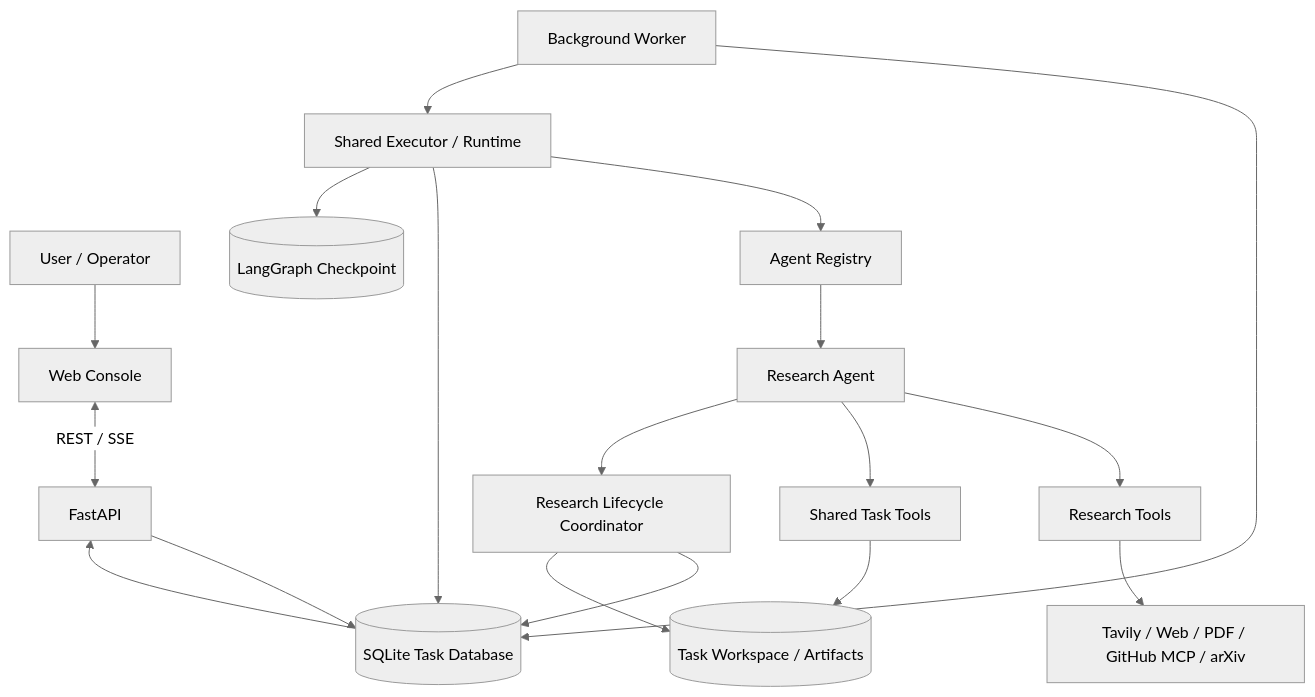
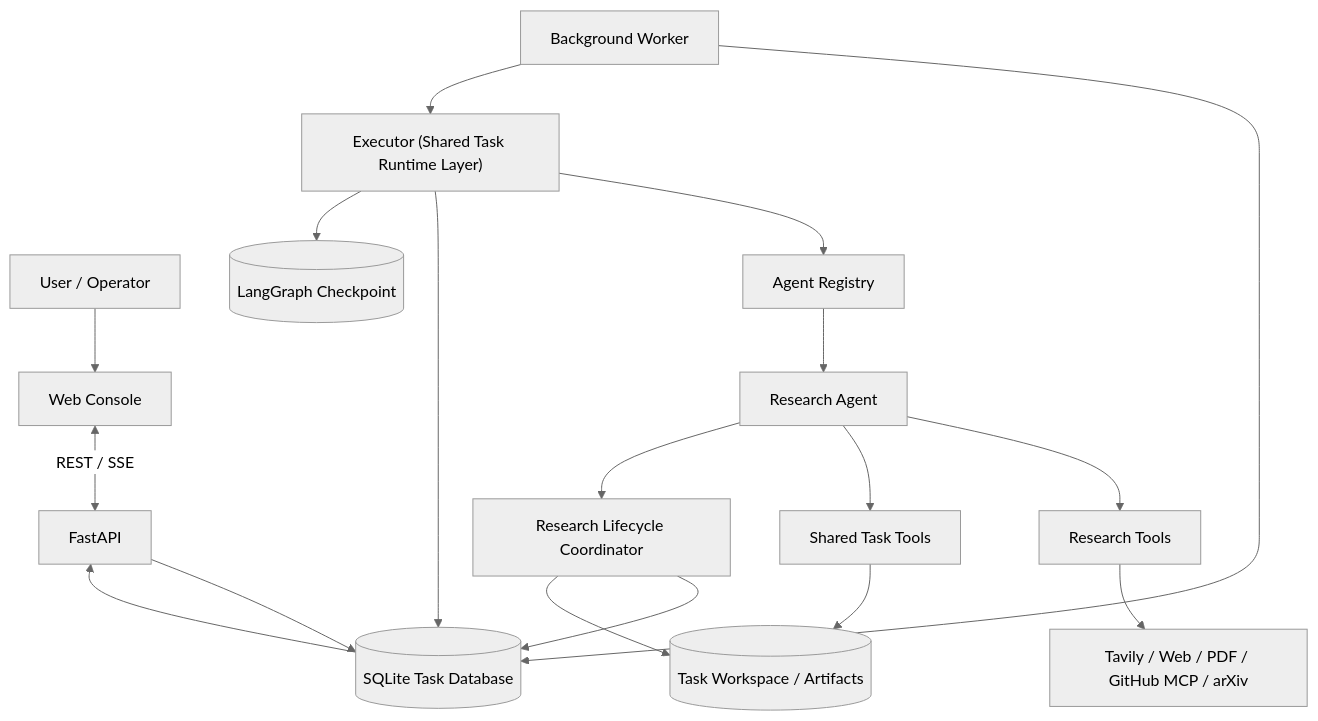
The first of 2 diagrams in README.md (guan24/research-digital-employee), drawn with Mermaid (neutral theme) before and after one commit. The commit also changed other lines of this file and 4 other files, not shown here.

Commit message:
docs: standardize shared task runtime layer terminology

````diff
--- a/README.md
+++ b/README.md
@@ -23,32 +23,32 @@
 ```mermaid
 flowchart TB
     U["User / Operator"]
     UI["Web Console"]
     API["FastAPI"]
     DB[("SQLite Task Database")]
     W["Background Worker"]
-    EX["Shared Executor / Runtime"]
+    EX["Executor (Shared Task Runtime Layer)"]
     REG["Agent Registry"]
     A["Research Agent"]
     RT["Research Tools"]
     TT["Shared Task Tools"]
     LC["Research Lifecycle Coordinator"]
     CP[("LangGraph Checkpoint")]
     FS[("Task Workspace / Artifacts")]
     EXT["Tavily / Web / PDF / GitHub MCP / arXiv"]
 
     U --> UI
     UI <-->|REST / SSE| API
     API --> DB
     W --> DB
     W --> EX
     EX --> REG --> A
     A --> RT --> EXT
     A --> TT --> FS
     A --> LC
     EX --> DB
     EX --> CP
     LC --> DB
     LC --> FS
     DB --> API
 ```
````
